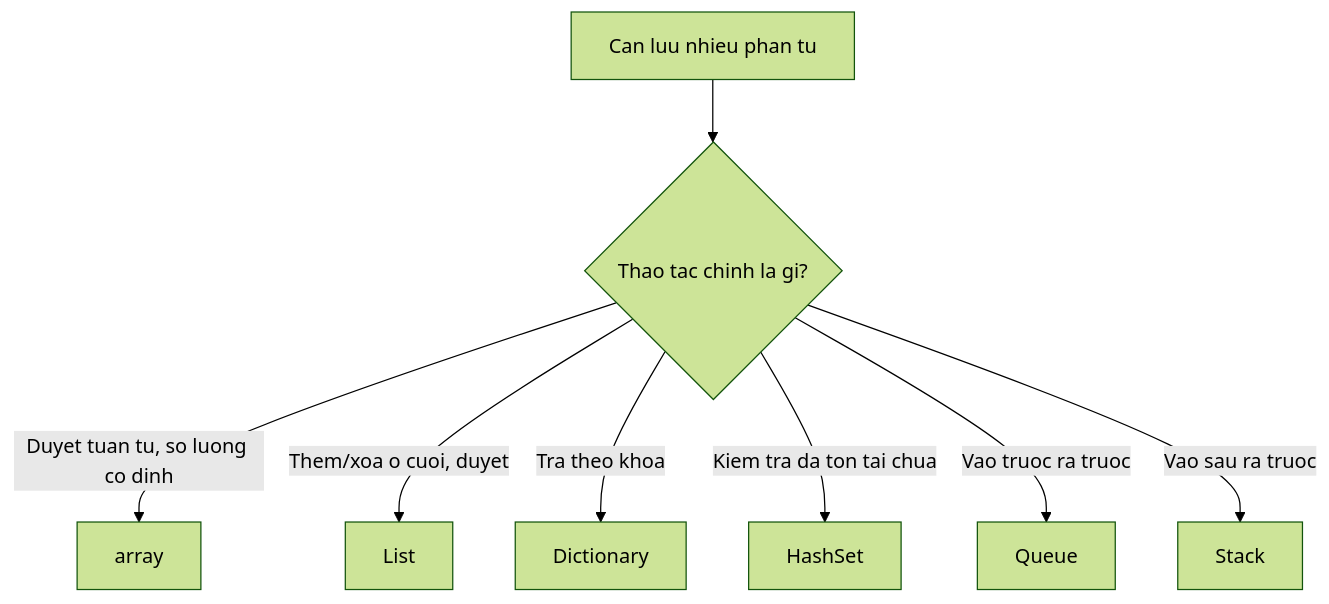
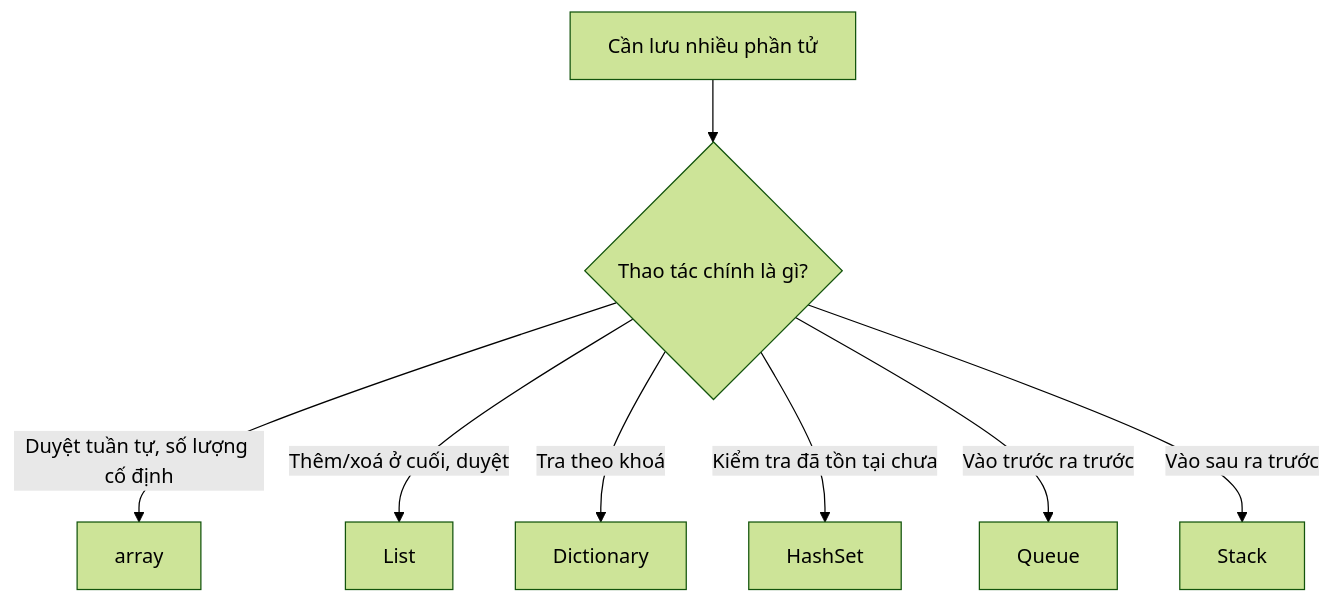
One commit to TienNHM/tiennhm.github.io changed the diagram in docs/09-dotnet-backend-zero-to-senior/stage-01-foundation/module-01-programming-logic/1.5-arrays-and-lists.mdx. Above: the diagram before and after it, drawn with Mermaid (forest theme). The commit also changed 8 other files, not shown here.

First line of the commit message:
docs(dotnet): viết có dấu nhãn mermaid và chú thích ở Module 1

````diff
--- a/docs/09-dotnet-backend-zero-to-senior/stage-01-foundation/module-01-programming-logic/1.5-arrays-and-lists.mdx
+++ b/docs/09-dotnet-backend-zero-to-senior/stage-01-foundation/module-01-programming-logic/1.5-arrays-and-lists.mdx
@@ -29,10 +29,10 @@
 ```mermaid
 flowchart TD
-    A[Can luu nhieu phan tu] --> B{Thao tac chinh la gi?}
-    B -->|Duyet tuan tu, so luong co dinh| C[array]
-    B -->|Them/xoa o cuoi, duyet| D[List]
-    B -->|Tra theo khoa| E[Dictionary]
-    B -->|Kiem tra da ton tai chua| F[HashSet]
-    B -->|Vao truoc ra truoc| G[Queue]
-    B -->|Vao sau ra truoc| H[Stack]
+    A[Cần lưu nhiều phần tử] --> B{Thao tác chính là gì?}
+    B -->|Duyệt tuần tự, số lượng cố định| C[array]
+    B -->|Thêm/xoá ở cuối, duyệt| D[List]
+    B -->|Tra theo khoá| E[Dictionary]
+    B -->|Kiểm tra đã tồn tại chưa| F[HashSet]
+    B -->|Vào trước ra trước| G[Queue]
+    B -->|Vào sau ra trước| H[Stack]
 ```
````
